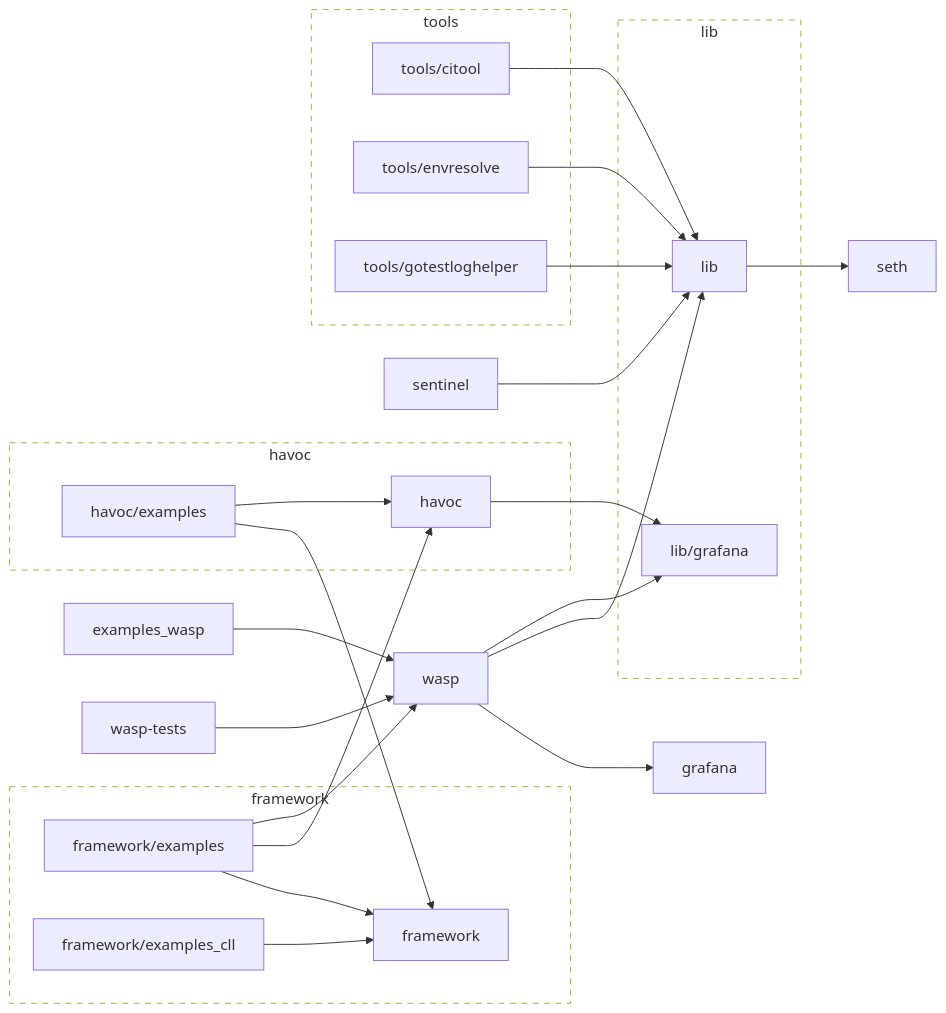
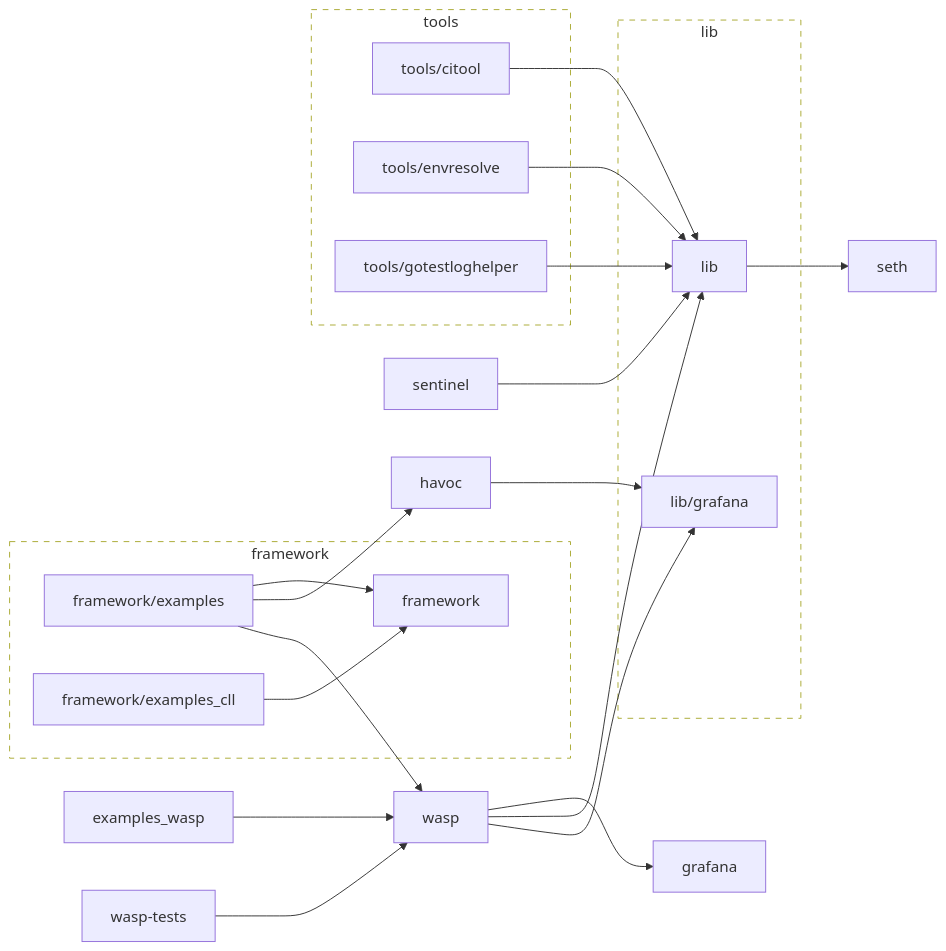
The diagram in go.md (smartcontractkit/chainlink-testing-framework), drawn with Mermaid before and after one commit.

Commit message:
update modgraph

````diff
--- a/go.md
+++ b/go.md
@@ -2,70 +2,61 @@
 ```mermaid
 flowchart LR
 
 	examples_wasp --> wasp
 	click examples_wasp href "https://github.com/smartcontractkit/chainlink-testing-framework/examples_wasp"
 	framework
 	click framework href "https://github.com/smartcontractkit/chainlink-testing-framework/framework"
 	framework/examples --> framework
 	framework/examples --> havoc
 	framework/examples --> wasp
 	click framework/examples href "https://github.com/smartcontractkit/chainlink-testing-framework/framework"
 	framework/examples_cll --> framework
 	click framework/examples_cll href "https://github.com/smartcontractkit/chainlink-testing-framework/framework"
 	grafana
 	click grafana href "https://github.com/smartcontractkit/chainlink-testing-framework/grafana"
 	havoc --> lib/grafana
 	click havoc href "https://github.com/smartcontractkit/chainlink-testing-framework/havoc"
-	havoc/examples --> framework
-	havoc/examples --> havoc
-	click havoc/examples href "https://github.com/smartcontractkit/chainlink-testing-framework/havoc"
 	lib --> seth
 	click lib href "https://github.com/smartcontractkit/chainlink-testing-framework/lib"
 	lib/grafana
 	click lib/grafana href "https://github.com/smartcontractkit/chainlink-testing-framework/lib"
 	sentinel --> lib
 	click sentinel href "https://github.com/smartcontractkit/chainlink-testing-framework/sentinel"
 	seth
 	click seth href "https://github.com/smartcontractkit/chainlink-testing-framework/seth"
 	tools/citool --> lib
 	click tools/citool href "https://github.com/smartcontractkit/chainlink-testing-framework/tools"
 	tools/envresolve --> lib
 	click tools/envresolve href "https://github.com/smartcontractkit/chainlink-testing-framework/tools"
 	tools/gotestloghelper --> lib
 	click tools/gotestloghelper href "https://github.com/smartcontractkit/chainlink-testing-framework/tools"
 	wasp --> grafana
 	wasp --> lib
 	wasp --> lib/grafana
 	click wasp href "https://github.com/smartcontractkit/chainlink-testing-framework/wasp"
 	wasp-tests --> wasp
 	click wasp-tests href "https://github.com/smartcontractkit/chainlink-testing-framework/wasp-tests"
 
 	subgraph framework-repo[framework]
 		 framework
 		 framework/examples
 		 framework/examples_cll
 	end
 	click framework-repo href "https://github.com/smartcontractkit/chainlink-testing-framework/framework"
 
-	subgraph havoc-repo[havoc]
-		 havoc
-		 havoc/examples
-	end
-	click havoc-repo href "https://github.com/smartcontractkit/chainlink-testing-framework/havoc"
-
 	subgraph lib-repo[lib]
 		 lib
 		 lib/grafana
 	end
 	click lib-repo href "https://github.com/smartcontractkit/chainlink-testing-framework/lib"
 
 	subgraph tools-repo[tools]
 		 tools/citool
 		 tools/envresolve
 		 tools/gotestloghelper
 	end
 	click tools-repo href "https://github.com/smartcontractkit/chainlink-testing-framework/tools"
 
 	classDef outline stroke-dasharray:6,fill:none;
-	class framework-repo,havoc-repo,lib-repo,tools-repo outline
+	class framework-repo,lib-repo,tools-repo outline
 ```
````
